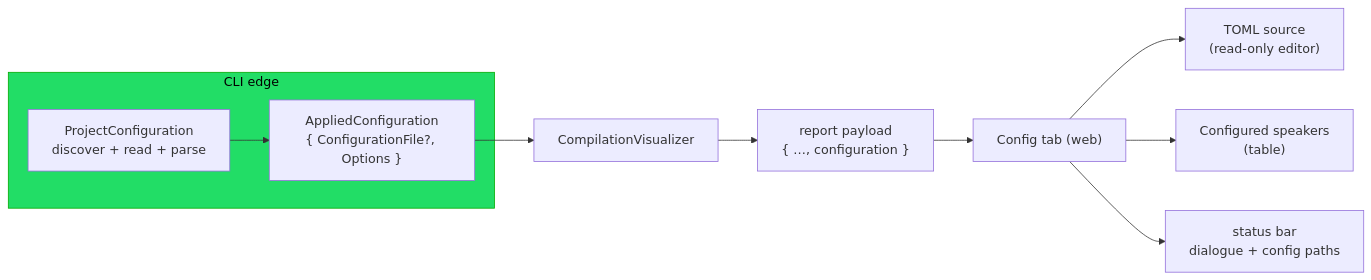
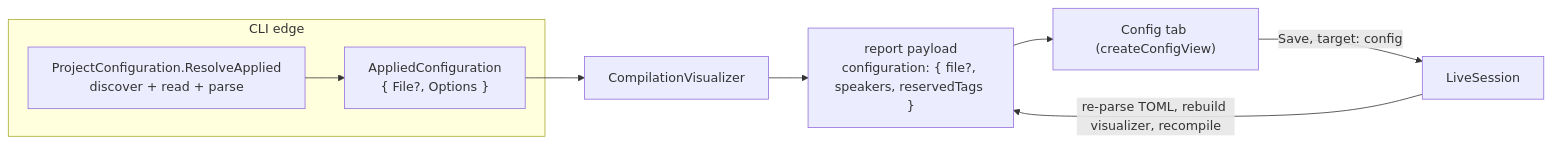
The diagram in docs/contributing/design-notes/visualization/report/Configuration Tab.md (pengzhengyi/dialoguedown), drawn with Mermaid before and after one commit. The commit also changed other lines of this file and 124 other files, not shown here.

````diff
--- a/docs/contributing/design-notes/visualization/report/Configuration Tab.md
+++ b/docs/contributing/design-notes/visualization/report/Configuration Tab.md
@@ -69,13 +54,11 @@
 ```mermaid
 flowchart LR
     subgraph cli["CLI edge"]
-        PC["ProjectConfiguration<br/>discover + read + parse"] --> CD["AppliedConfiguration<br/>{ ConfigurationFile?, Options }"]
+        PC["ProjectConfiguration.ResolveApplied<br/>discover + read + parse"] --> AC["AppliedConfiguration<br/>{ File?, Options }"]
     end
-    CD --> VIZ["CompilationVisualizer"]
-    VIZ --> PAY["report payload<br/>{ …, configuration }"]
-    PAY --> TAB["Config tab (web)"]
-    TAB --> ED["TOML source<br/>(read-only editor)"]
-    TAB --> SP["Configured speakers<br/>(table)"]
-    TAB --> FT["status bar<br/>dialogue + config paths"]
-    style cli fill:#2d6,stroke:#0a0,color:#000
+    AC --> VIZ["CompilationVisualizer"]
+    VIZ --> PAY["report payload<br/>configuration: { file?, speakers, reservedTags }"]
+    PAY --> TAB["Config tab (createConfigView)"]
+    TAB -->|"Save, target: config"| SES["LiveSession"]
+    SES -->|"re-parse TOML, rebuild visualizer, recompile"| PAY
 ```
````
